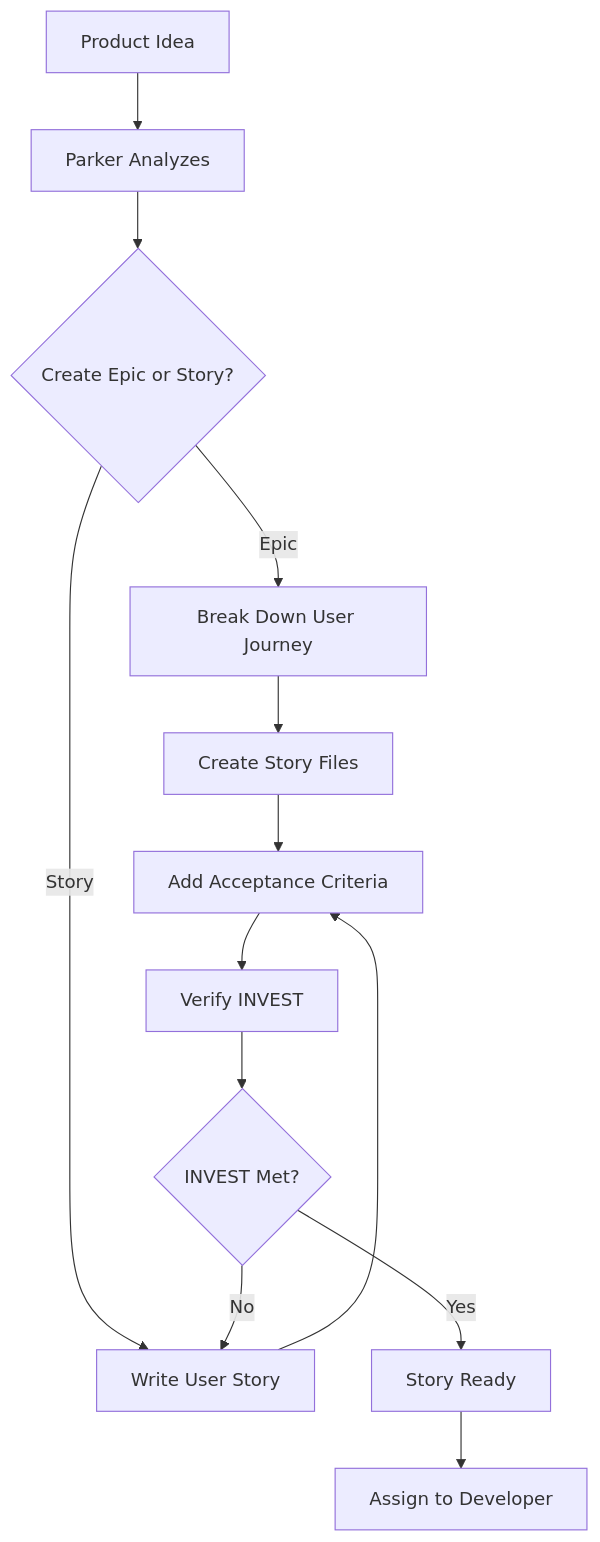
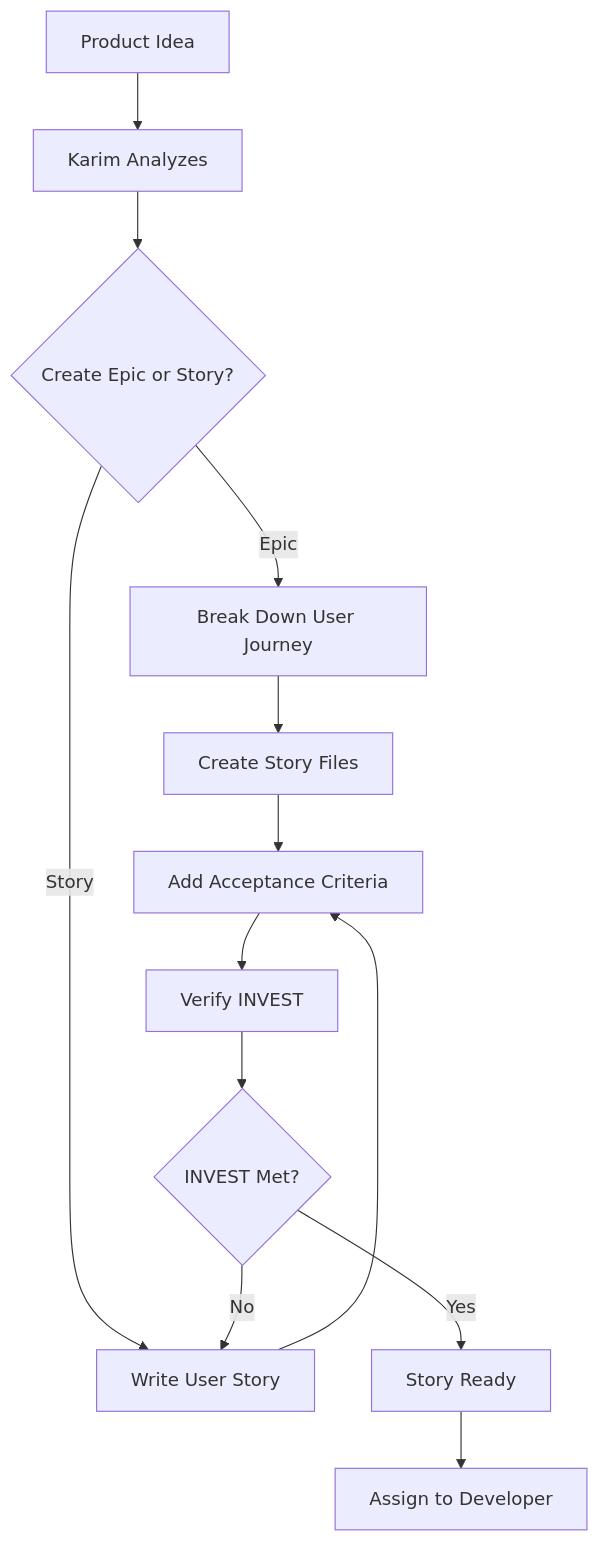
One commit to dosht/claude-team changed the diagram in new_team/commands/product-owner.md. Above: the diagram before and after it, drawn with Mermaid. The commit also changed other lines of this file and 6 other files, not shown here.

````diff
--- a/new_team/commands/product-owner.md
+++ b/new_team/commands/product-owner.md
@@ -245,15 +245,15 @@
 ```mermaid
 graph TB
-  A[Product Idea] --> B[Parker Analyzes]
+  A[Product Idea] --> B[Karim Analyzes]
   B --> C{Create Epic or Story?}
   C -->|Epic| D[Break Down User Journey]
   C -->|Story| E[Write User Story]
   D --> F[Create Story Files]
   E --> G[Add Acceptance Criteria]
   F --> G
   G --> H[Verify INVEST]
   H --> I{INVEST Met?}
   I -->|No| E
   I -->|Yes| J[Story Ready]
   J --> K[Assign to Developer]
 ```
````
